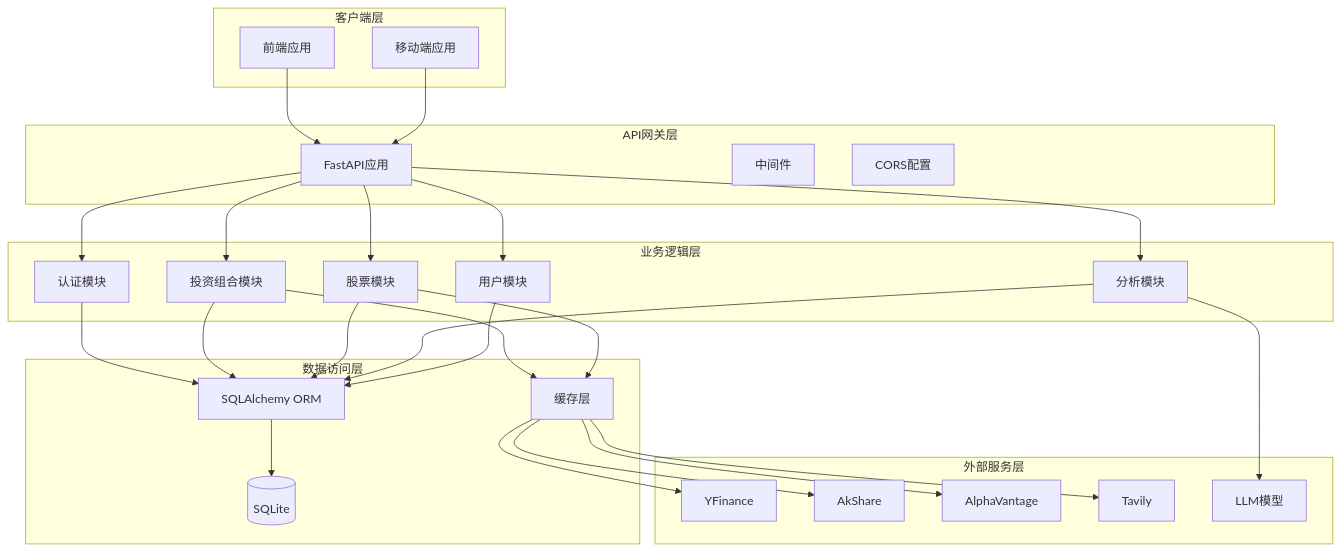
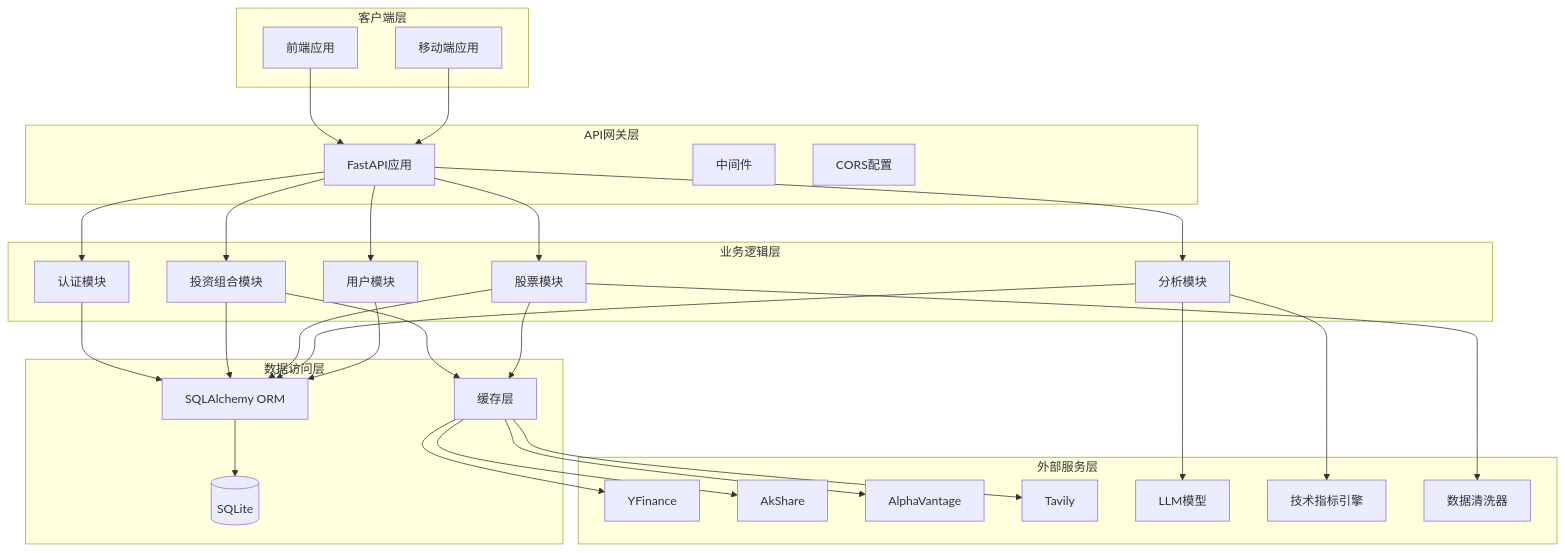
One commit to breeze-lyf/ai-stock-advisor changed the second of 8 diagrams in .qoder/repowiki/zh/content/后端开发指南/API开发规范/V1 API端点架构.md. Above: the diagram before and after it, drawn with Mermaid. The commit also changed other lines of this file and 10 other files, not shown here.

````diff
--- a/.qoder/repowiki/zh/content/后端开发指南/API开发规范/V1 API端点架构.md
+++ b/.qoder/repowiki/zh/content/后端开发指南/API开发规范/V1 API端点架构.md
@@ -120,51 +130,55 @@
 ```mermaid
 graph TB
 subgraph "客户端层"
 Frontend[前端应用]
 Mobile[移动端应用]
 end
 subgraph "API网关层"
 FastAPI[FastAPI应用]
 Middleware[中间件]
 CORS[CORS配置]
 end
 subgraph "业务逻辑层"
 Auth[认证模块]
 Portfolio[投资组合模块]
 Stock[股票模块]
 Analysis[分析模块]
 User[用户模块]
 end
 subgraph "数据访问层"
 ORM[SQLAlchemy ORM]
 Cache[缓存层]
 Database[(SQLite)]
 end
 subgraph "外部服务层"
 YF[YFinance]
 AS[AkShare]
 AV[AlphaVantage]
 Tavily[Tavily]
 LLM[LLM模型]
+Indicators[技术指标引擎]
+Sanitizer[数据清洗器]
 end
 Frontend --> FastAPI
 Mobile --> FastAPI
 FastAPI --> Auth
 FastAPI --> Portfolio
 FastAPI --> Stock
 FastAPI --> Analysis
 FastAPI --> User
 Auth --> ORM
 Portfolio --> ORM
 Stock --> ORM
 Analysis --> ORM
 User --> ORM
 ORM --> Database
 Portfolio --> Cache
 Stock --> Cache
 Analysis --> LLM
+Analysis --> Indicators
+Stock --> Sanitizer
 Cache --> YF
 Cache --> AS
 Cache --> AV
 Cache --> Tavily
 ```
````
